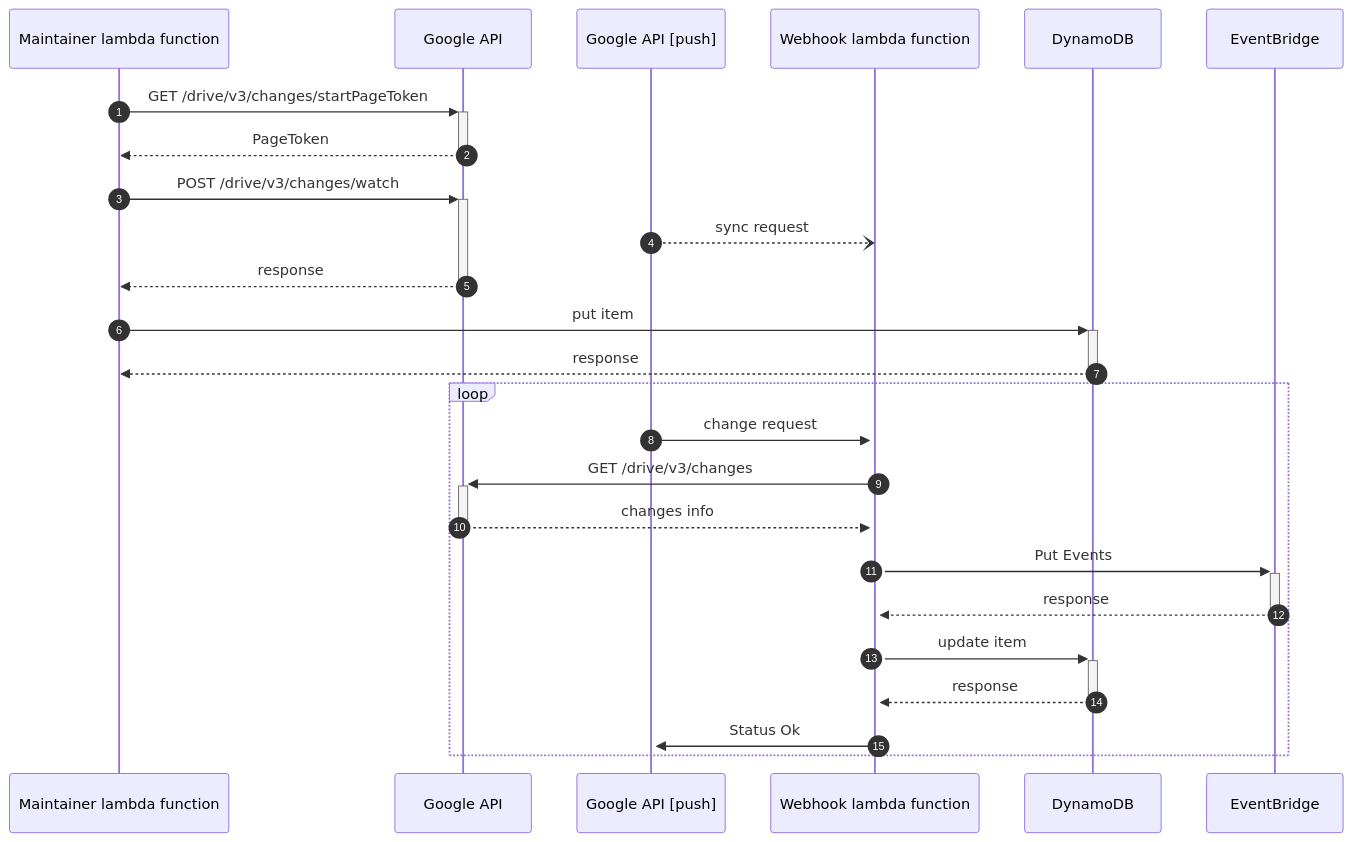
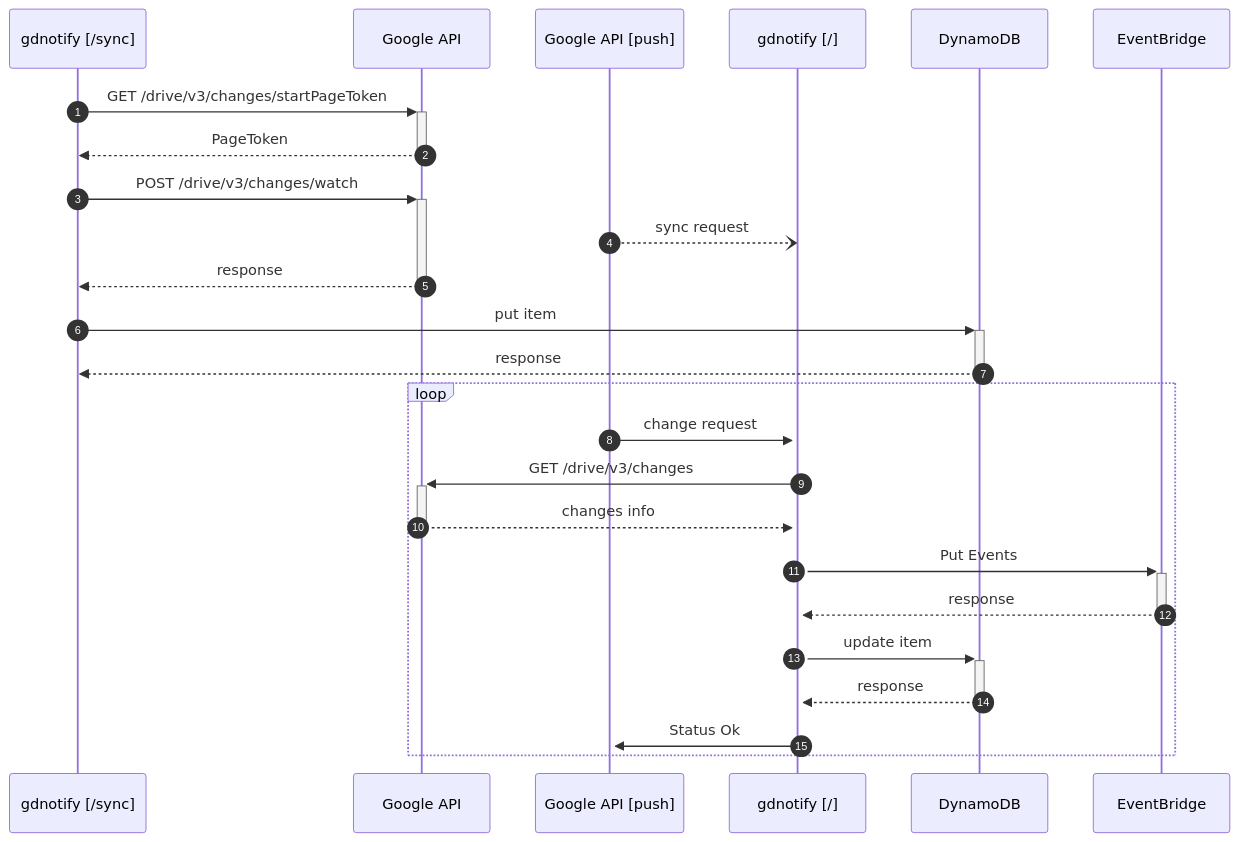
Before and after one commit to mashiike/gdnotify: the diagram in README.md, drawn with Mermaid. The commit also changed other lines of this file, not shown here.

````diff
--- a/README.md
+++ b/README.md
@@ -29,21 +88,21 @@
 ```mermaid
 sequenceDiagram
   autonumber
-  Maintainer lambda function->>+Google API: GET /drive/v3/changes/startPageToken
-  Google API-->>-Maintainer lambda function: PageToken
-  Maintainer lambda function->>+Google API: POST /drive/v3/changes/watch
-  Google API [push]--)Webhook lambda function:  sync request
-  Google API-->>-Maintainer lambda function: response
-  Maintainer lambda function->>+DynamoDB: put item
-  DynamoDB-->>-Maintainer lambda function: response
+  gdnotify [/sync]->>+Google API: GET /drive/v3/changes/startPageToken
+  Google API-->>-gdnotify [/sync]: PageToken
+  gdnotify [/sync]->>+Google API: POST /drive/v3/changes/watch
+  Google API [push]--)gdnotify [/]:  sync request
+  Google API-->>-gdnotify [/sync]: response
+  gdnotify [/sync]->>+DynamoDB: put item
+  DynamoDB-->>-gdnotify [/sync]: response
   loop
-    Google API [push]->>+Webhook lambda function: change request
-    Webhook lambda function->>+Google API: GET /drive/v3/changes
-    Google API-->>-Webhook lambda function: changes info
-    Webhook lambda function->>+EventBridge: Put Events
-    EventBridge-->>-Webhook lambda function: response
-    Webhook lambda function->>+DynamoDB: update item
-    DynamoDB-->>-Webhook lambda function: response
-    Webhook lambda function->>+Google API [push]: Status Ok
+    Google API [push]->>+gdnotify [/]: change request
+    gdnotify [/]->>+Google API: GET /drive/v3/changes
+    Google API-->>- gdnotify [/]: changes info
+     gdnotify [/]->>+EventBridge: Put Events
+    EventBridge-->>- gdnotify [/]: response
+     gdnotify [/]->>+DynamoDB: update item
+    DynamoDB-->>- gdnotify [/]: response
+    gdnotify [/]->>+Google API [push]: Status Ok
   end
 ```
````
